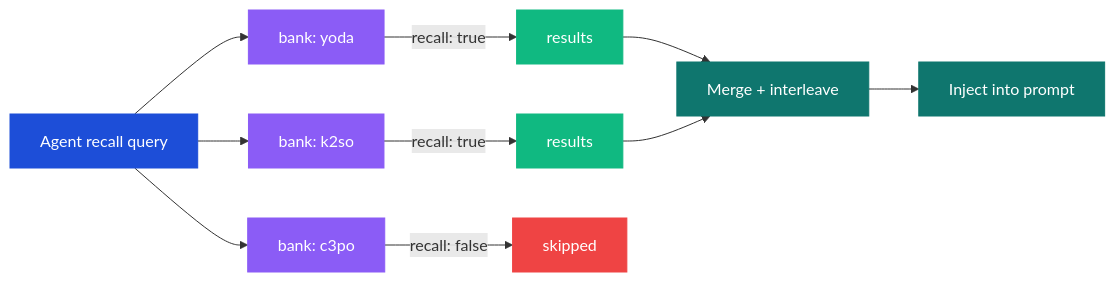
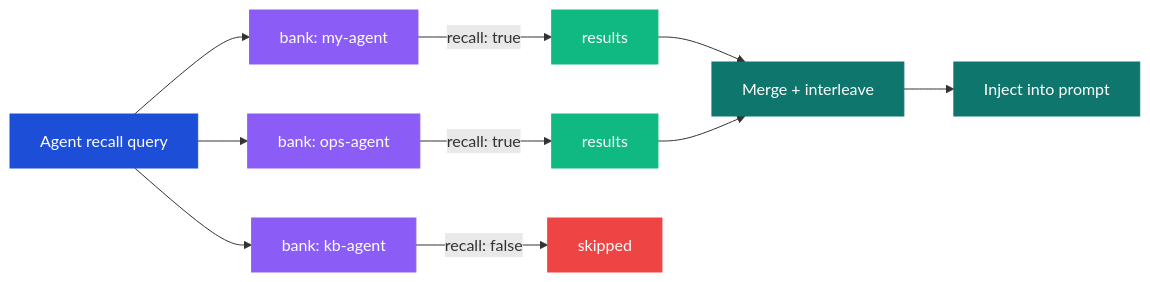
Before and after one commit to mrkhachaturov/hindclaw: the diagram in hindclaw-docs/docs/guides/multi-bank-recall.md, drawn with Mermaid. The commit also changed other lines of this file and 9 other files, not shown here.

````diff
--- a/hindclaw-docs/docs/guides/multi-bank-recall.md
+++ b/hindclaw-docs/docs/guides/multi-bank-recall.md
@@ -14,22 +14,22 @@
 ```mermaid
 graph LR
-    Q["Agent recall query"] --> B1["bank: yoda"]
-    Q --> B2["bank: k2so"]
-    Q --> B3["bank: c3po"]
+    Q["Agent recall query"] --> B1["bank: my-agent"]
+    Q --> B2["bank: ops-agent"]
+    Q --> B3["bank: kb-agent"]
     B1 -->|recall: true| R1["results"]
     B2 -->|recall: true| R2["results"]
     B3 -->|recall: false| SKIP["skipped"]
     R1 --> MERGE["Merge + interleave"]
     R2 --> MERGE
     MERGE --> INJECT["Inject into prompt"]
 
     style Q fill:#1d4ed8,color:#fff,stroke:#1d4ed8
     style B1 fill:#8b5cf6,color:#fff,stroke:#8b5cf6
     style B2 fill:#8b5cf6,color:#fff,stroke:#8b5cf6
     style B3 fill:#8b5cf6,color:#fff,stroke:#8b5cf6
     style R1 fill:#10b981,color:#fff,stroke:#10b981
     style R2 fill:#10b981,color:#fff,stroke:#10b981
     style SKIP fill:#ef4444,color:#fff,stroke:#ef4444
     style MERGE fill:#0f766e,color:#fff,stroke:#0f766e
     style INJECT fill:#0f766e,color:#fff,stroke:#0f766e
 ```
````
